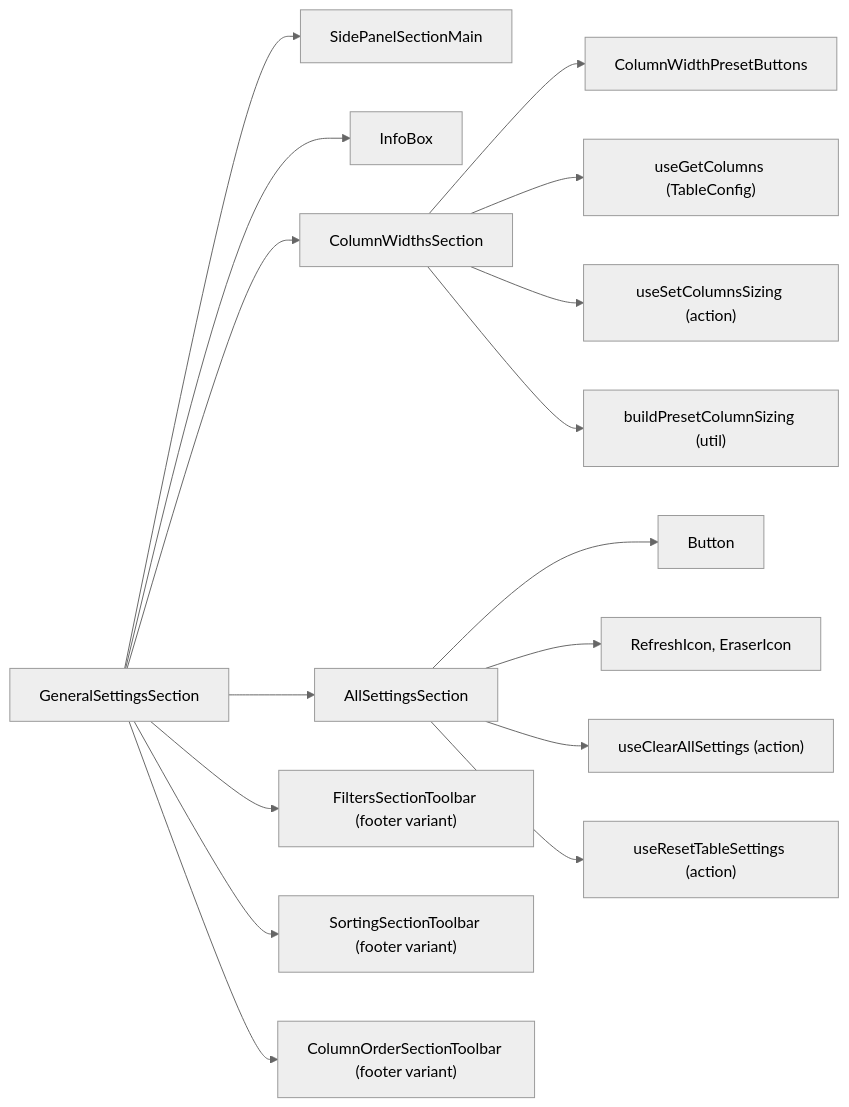
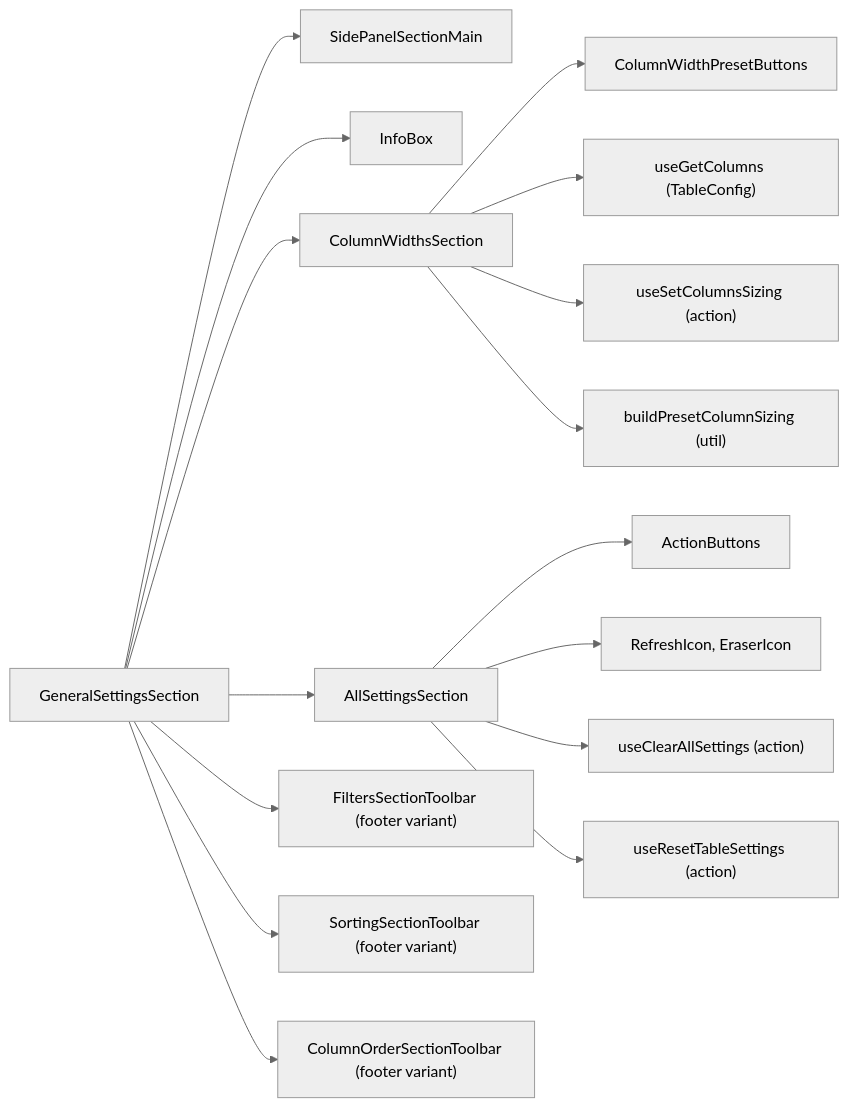
The first of 3 diagrams in packages/ui/src/components/Table/TableSettingsDrawer/GeneralSettingsSection/ARCHITECTURE.md (luciocabrera/lcabrera-stack), drawn with Mermaid (neutral theme) before and after one commit. The commit also changed 24 other files, not shown here.

Commit message:
feat(ui): introduce ActionButtons component for consistent button handling across modals and footers

````diff
--- a/packages/ui/src/components/Table/TableSettingsDrawer/GeneralSettingsSection/ARCHITECTURE.md
+++ b/packages/ui/src/components/Table/TableSettingsDrawer/GeneralSettingsSection/ARCHITECTURE.md
@@ -34,20 +34,20 @@
 ```mermaid
 graph LR
   GS["GeneralSettingsSection"] --> SidePanelSectionMain
   GS --> InfoBox
   GS --> CWS["ColumnWidthsSection"]
   GS --> ASS["AllSettingsSection"]
   GS --> FSToolbar["FiltersSectionToolbar (footer variant)"]
   GS --> SSToolbar["SortingSectionToolbar (footer variant)"]
   GS --> COSToolbar["ColumnOrderSectionToolbar (footer variant)"]
 
   CWS --> ColumnWidthPresetButtons
   CWS --> useGetColumns["useGetColumns (TableConfig)"]
   CWS --> useSetColumnsSizing["useSetColumnsSizing (action)"]
   CWS --> buildPresetColumnSizing["buildPresetColumnSizing (util)"]
 
-  ASS --> Button
+  ASS --> ActionButtons
   ASS --> Icons["RefreshIcon, EraserIcon"]
   ASS --> useClearAllSettings["useClearAllSettings (action)"]
   ASS --> useResetTableSettings["useResetTableSettings (action)"]
 ```
````
